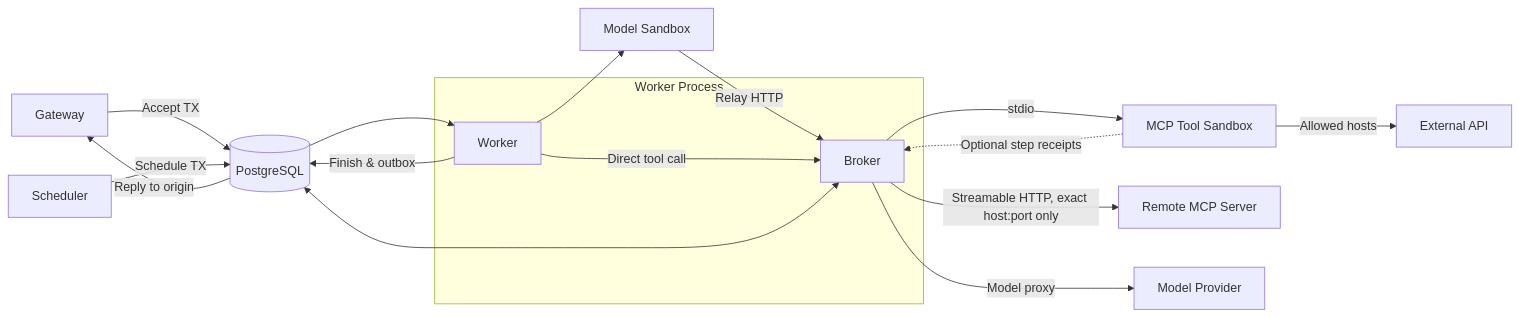
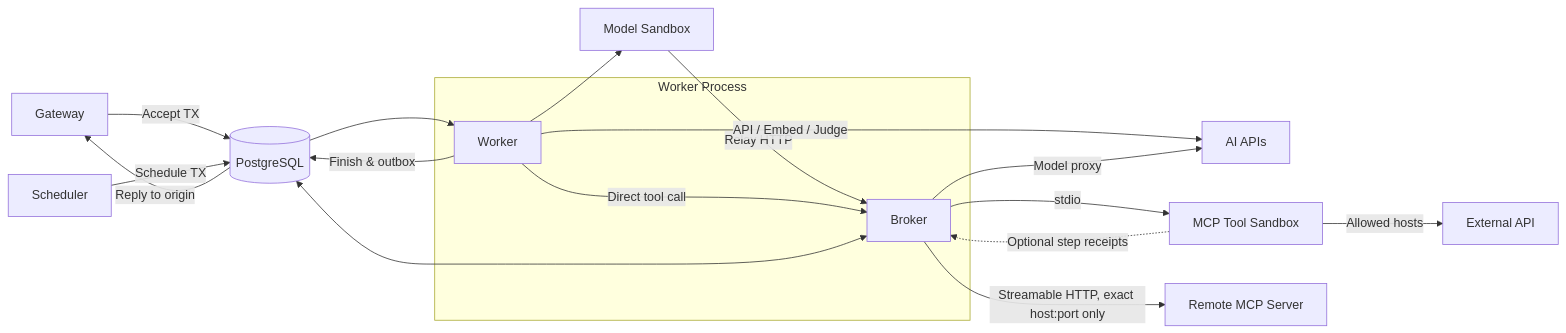
One commit to lee-lou2/bot-framework changed the first of 2 diagrams in docs/architecture.md. Above: the diagram before and after it, drawn with Mermaid. The commit also changed other lines of this file and 13 other files, not shown here.

First line of the commit message:
docs(memory): add hybrid memory diagrams and update architecture guides (#12)

````diff
--- a/docs/architecture.md
+++ b/docs/architecture.md
@@ -18,21 +18,22 @@
 ```mermaid
 flowchart LR
   G[Gateway] -->|Accept TX| D[(PostgreSQL)]
   S[Scheduler] -->|Schedule TX| D
   subgraph worker [Worker Process]
     W[Worker]
     B[Broker]
   end
   D --> W
   W --> A[Model Sandbox]
   A -->|Relay HTTP| B
   W -->|Direct tool call| B
+  W -->|API / Embed / Judge| M[AI APIs]
   B -->|stdio| P[MCP Tool Sandbox]
   B -->|Streamable HTTP, exact host:port only| R[Remote MCP Server]
   P -->|Allowed hosts| E[External API]
   P -. Optional step receipts .-> B
-  B -->|Model proxy| M[Model Provider]
+  B -->|Model proxy| M
   B <--> D
   W -->|Finish & outbox| D
   D -->|Reply to origin| G
 ```
````
